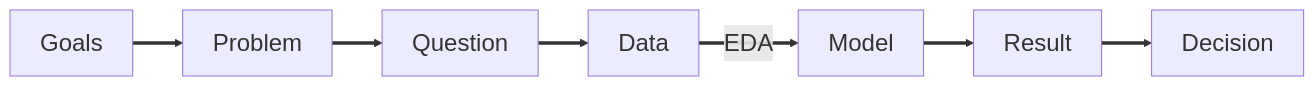
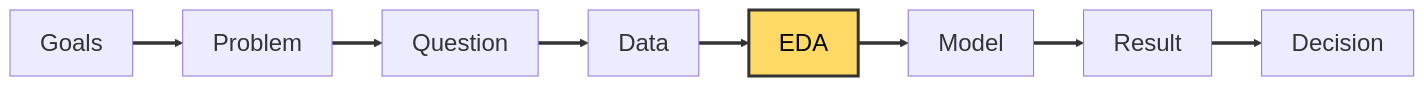
The first of 2 diagrams in modules/05_EDA/slides.qmd (jbayham/arec-330), drawn with Mermaid before and after one commit. The commit also changed other lines of this file and 7 other files, not shown here.

````diff
--- a/modules/05_EDA/slides.qmd
+++ b/modules/05_EDA/slides.qmd
@@ -13,10 +90,13 @@
 ```{mermaid}
 %%{init: {"themeVariables": {"fontSize": "24px"}}}%%
 flowchart LR
   G[Goals] ==> P[Problem]
   P ==> Q[Question]
   Q ==> Da[Data]
-  Da == EDA ==> M[Model]
+  Da ==> EDA[EDA]
+  EDA ==> M[Model]
   M ==> R[Result]
   R ==> D[Decision]
+
+  style EDA fill:#FFD966,stroke:#333,stroke-width:3px,color:#000
 ```
````
